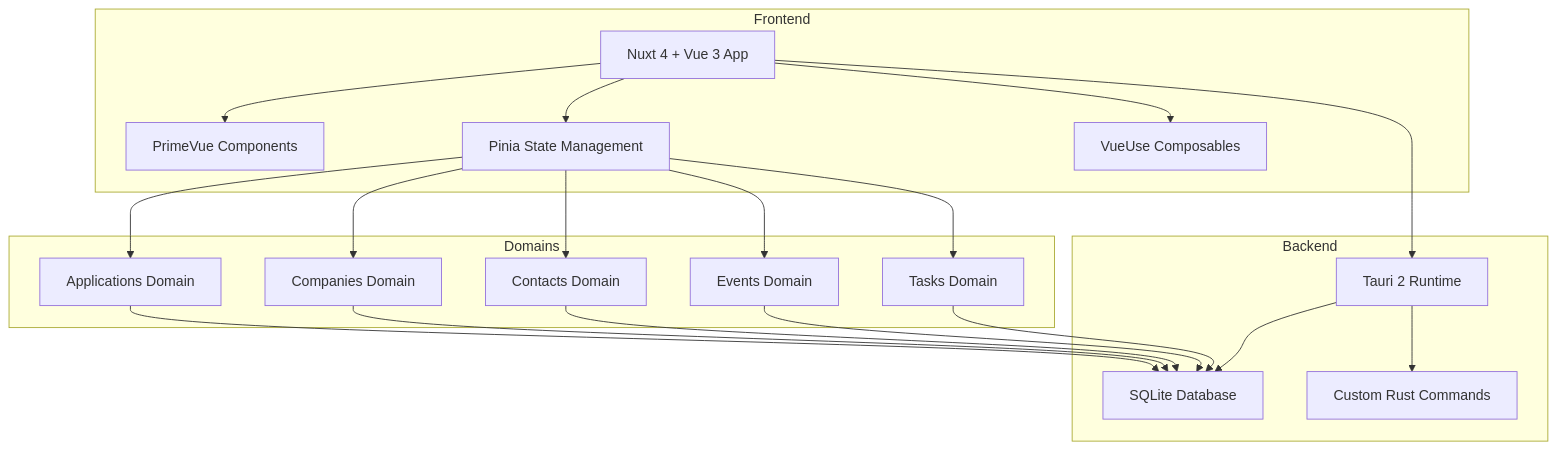
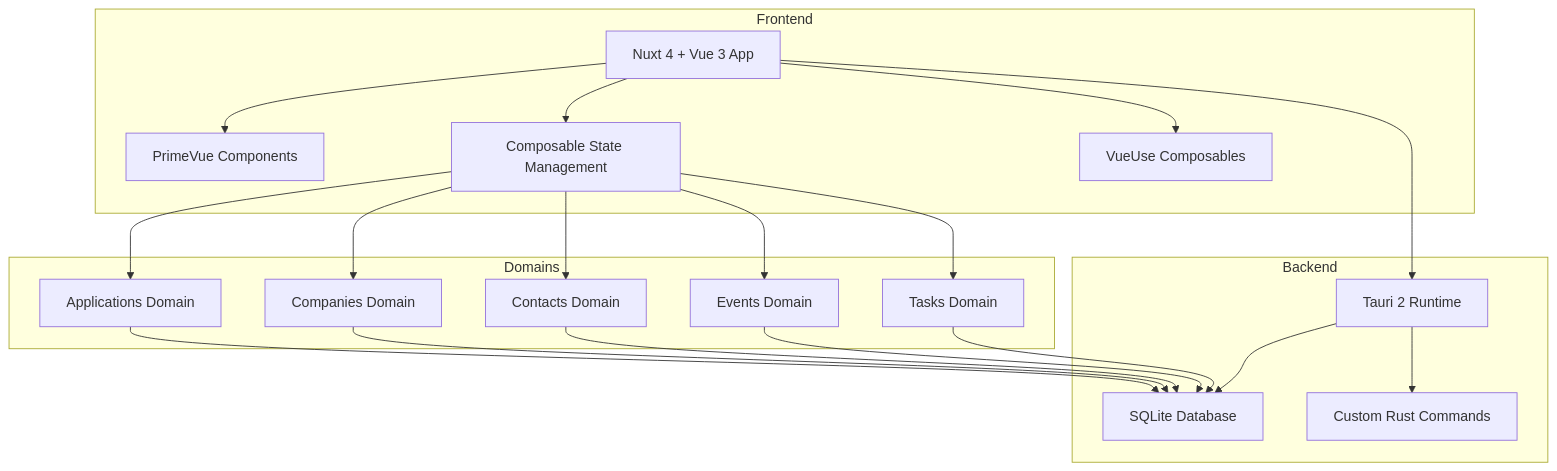
One commit to cartoonclouds/jaa-tauri changed the second of 2 diagrams in README.md. Above: the diagram before and after it, drawn with Mermaid. The commit also changed other lines of this file and 84 other files, not shown here.

````diff
--- a/README.md
+++ b/README.md
@@ -372,40 +370,40 @@
 ```mermaid
 graph TD
     subgraph Frontend
         A[Nuxt 4 + Vue 3 App]
         B[PrimeVue Components]
-        C[Pinia State Management]
+        C[Composable State Management]
         D[VueUse Composables]
     end
 
     subgraph Backend
         E[Tauri 2 Runtime]
         F[SQLite Database]
         G[Custom Rust Commands]
     end
 
     subgraph Domains
         H[Applications Domain]
         I[Companies Domain]
         J[Contacts Domain]
         K[Events Domain]
         L[Tasks Domain]
     end
 
     A --> B
     A --> C
     A --> D
     A --> E
     E --> F
     E --> G
     C --> H
     C --> I
     C --> J
     C --> K
     C --> L
     H --> F
     I --> F
     J --> F
     K --> F
     L --> F
 ```
````
